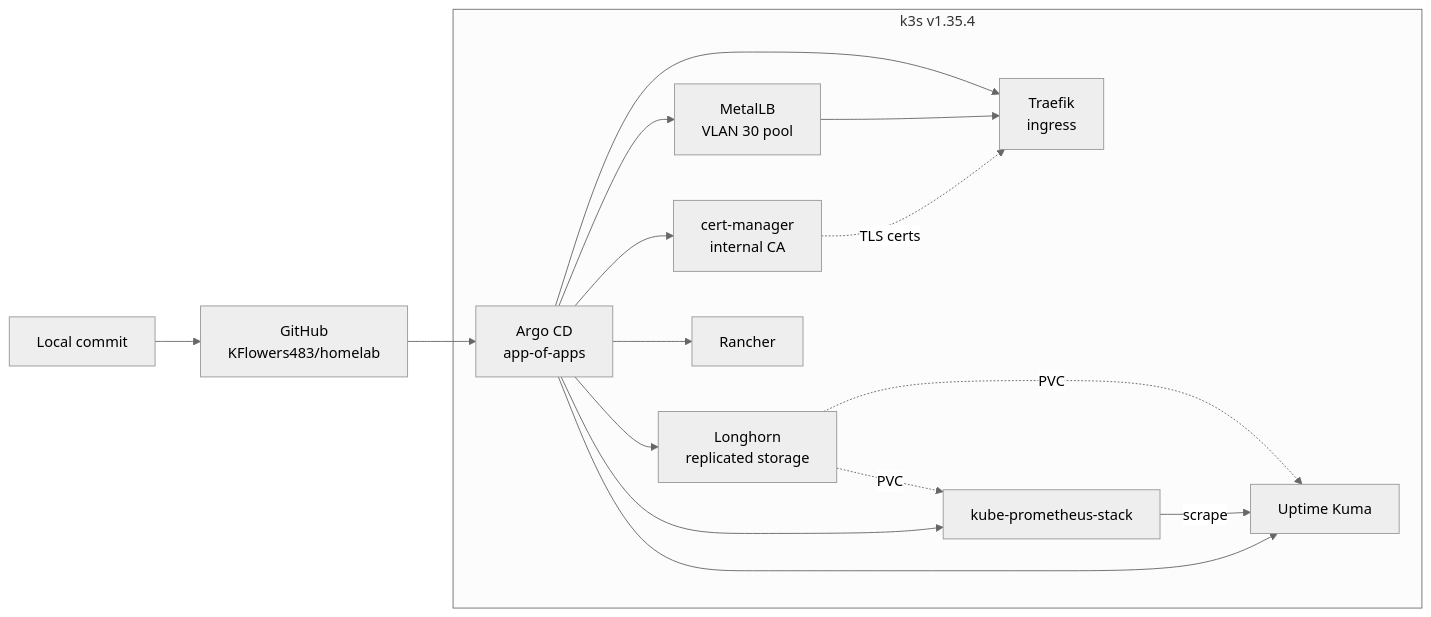
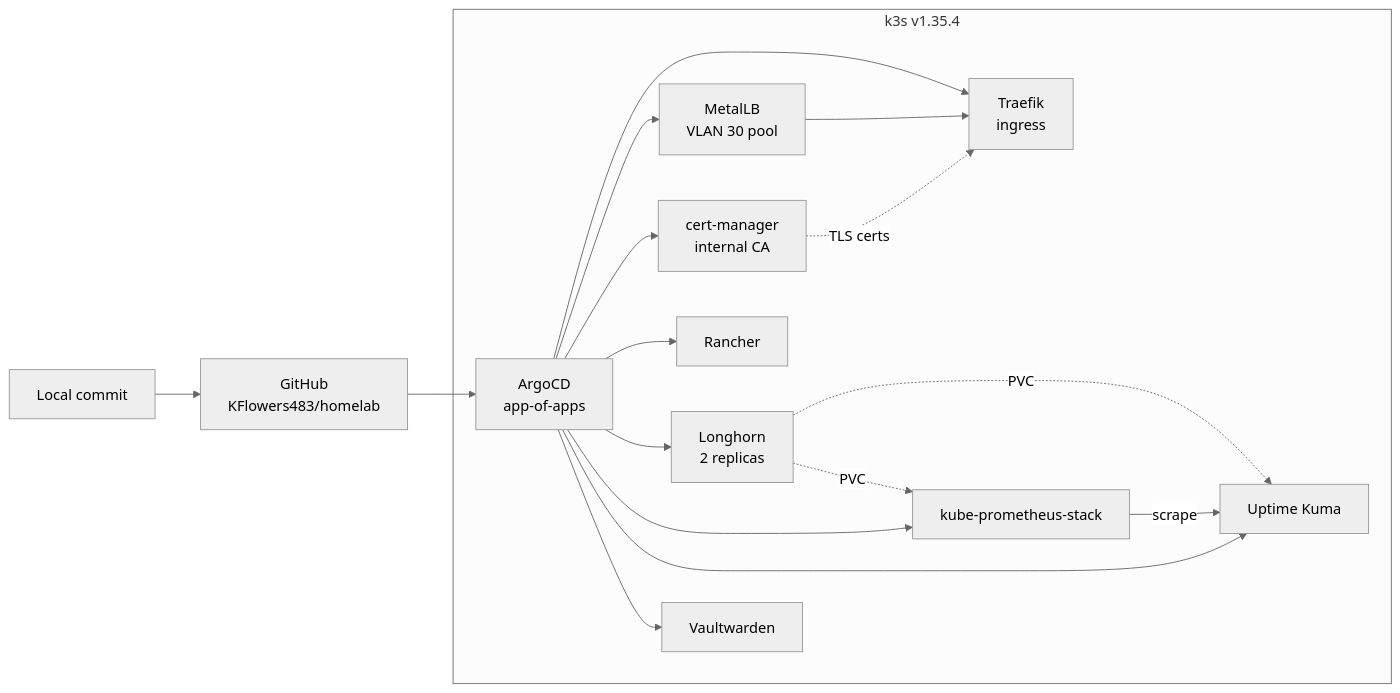
One commit to KFlowers483/homelab changed the second of 3 diagrams in docs/architecture.md. Above: the diagram before and after it, drawn with Mermaid (neutral theme). The commit also changed other lines of this file and 3 other files, not shown here.

````diff
--- a/docs/architecture.md
+++ b/docs/architecture.md
@@ -49,26 +49,27 @@
 ```mermaid
 flowchart LR
     DEV["Local commit"]
     GH["GitHub<br/>KFlowers483/homelab"]
-    ARGO["Argo CD<br/>app-of-apps"]
+    ARGO["ArgoCD<br/>app-of-apps"]
 
     DEV --> GH
     GH --> ARGO
 
     subgraph CLUSTER["k3s v1.35.4"]
         ARGO --> TRAEFIK["Traefik<br/>ingress"]
         ARGO --> METAL["MetalLB<br/>VLAN 30 pool"]
         ARGO --> CERT["cert-manager<br/>internal CA"]
         ARGO --> RANCHER["Rancher"]
-        ARGO --> LH["Longhorn<br/>replicated storage"]
+        ARGO --> LH["Longhorn<br/>2 replicas"]
         ARGO --> MON["kube-prometheus-stack"]
         ARGO --> KUMA["Uptime Kuma"]
+        ARGO --> VAULT["Vaultwarden"]
 
         LH -.->|"PVC"| KUMA
         LH -.->|"PVC"| MON
         MON -->|"scrape"| KUMA
     end
 
     METAL --> TRAEFIK
     CERT -.->|"TLS certs"| TRAEFIK
 ```
````
